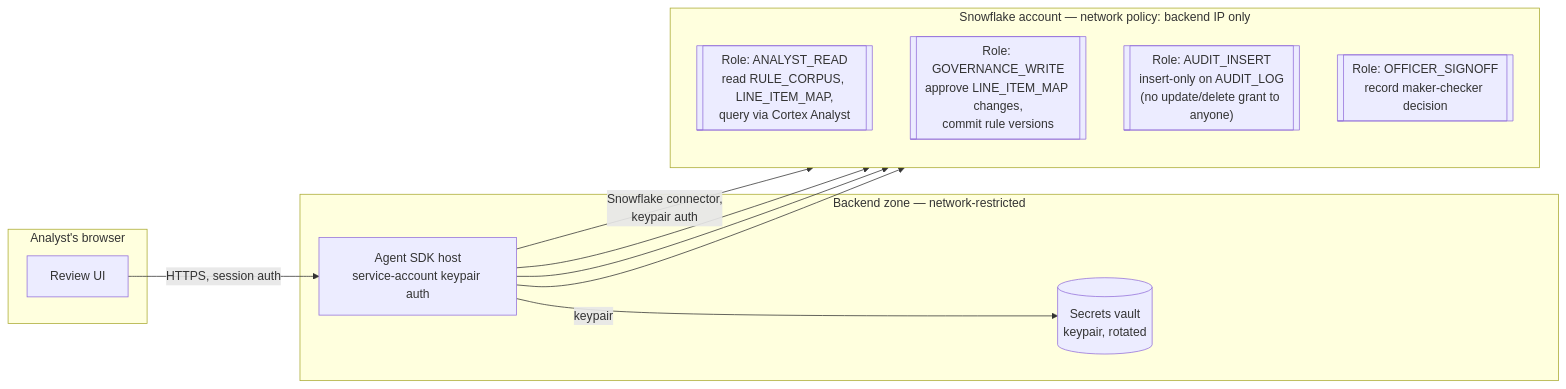
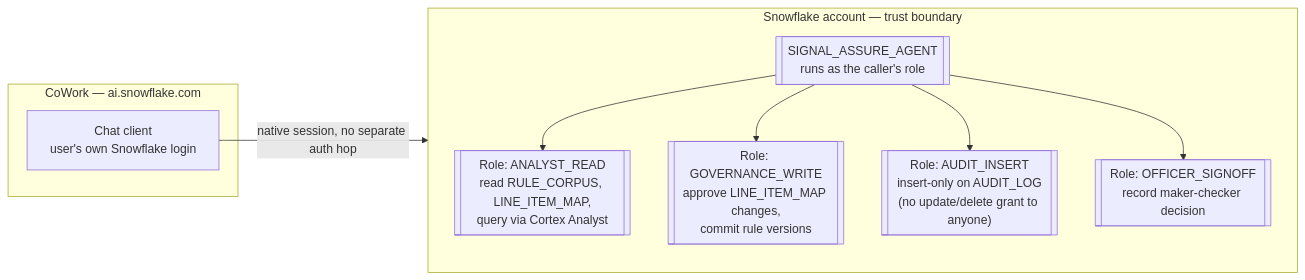
Before and after one commit to OlixIgnacious/praman: the fourth of 5 diagrams in architecture.md, drawn with Mermaid. The commit also changed other lines of this file and 1 other file, not shown here.

First line of the commit message:
Sync architecture.md and README.md with actual build state

````diff
--- a/architecture.md
+++ b/architecture.md
@@ -201,26 +197,21 @@
 ```mermaid
 flowchart LR
-    subgraph browser["Analyst's browser"]
-        UI[Review UI]
+    subgraph cowork["CoWork — ai.snowflake.com"]
+        UI[Chat client<br/>user's own Snowflake login]
     end
 
-    subgraph backend_zone["Backend zone — network-restricted"]
-        SVC[Agent SDK host<br/>service-account keypair auth]
-        VAULT[(Secrets vault<br/>keypair, rotated)]
-    end
-
-    subgraph sf["Snowflake account — network policy: backend IP only"]
+    subgraph sf["Snowflake account — trust boundary"]
         direction TB
+        AGENT[["SIGNAL_ASSURE_AGENT<br/>runs as the caller's role"]]
         R1[["Role: ANALYST_READ<br/>read RULE_CORPUS, LINE_ITEM_MAP,<br/>query via Cortex Analyst"]]
         R2[["Role: GOVERNANCE_WRITE<br/>approve LINE_ITEM_MAP changes,<br/>commit rule versions"]]
         R3[["Role: AUDIT_INSERT<br/>insert-only on AUDIT_LOG<br/>(no update/delete grant to anyone)"]]
         R4[["Role: OFFICER_SIGNOFF<br/>record maker-checker decision"]]
     end
 
-    UI -->|HTTPS, session auth| SVC
-    SVC -->|keypair| VAULT
-    SVC -->|Snowflake connector,<br/>keypair auth| R1
-    SVC --> R2
-    SVC --> R3
-    SVC --> R4
+    UI -->|native session, no separate auth hop| AGENT
+    AGENT --> R1
+    AGENT --> R2
+    AGENT --> R3
+    AGENT --> R4
 ```
````
